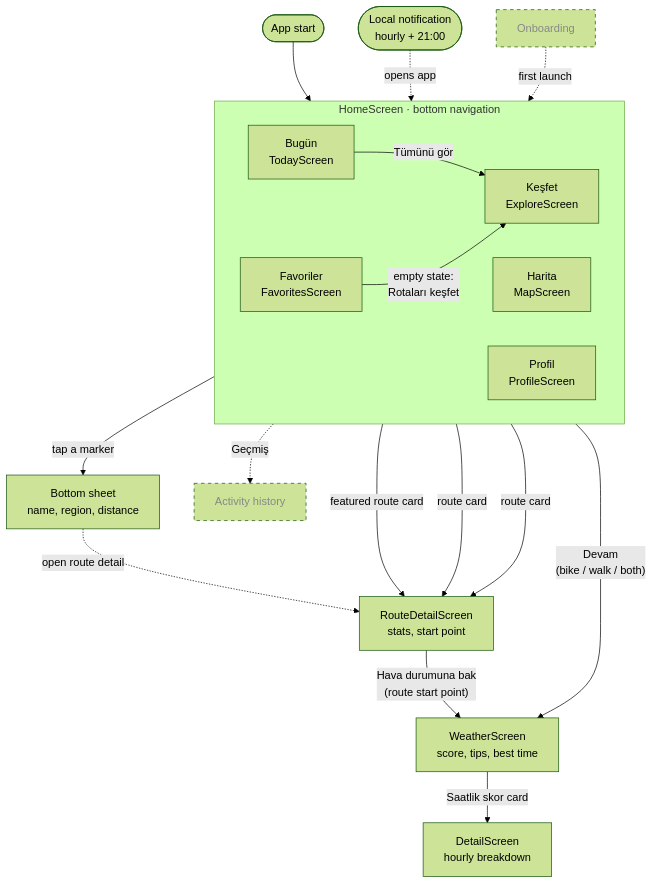
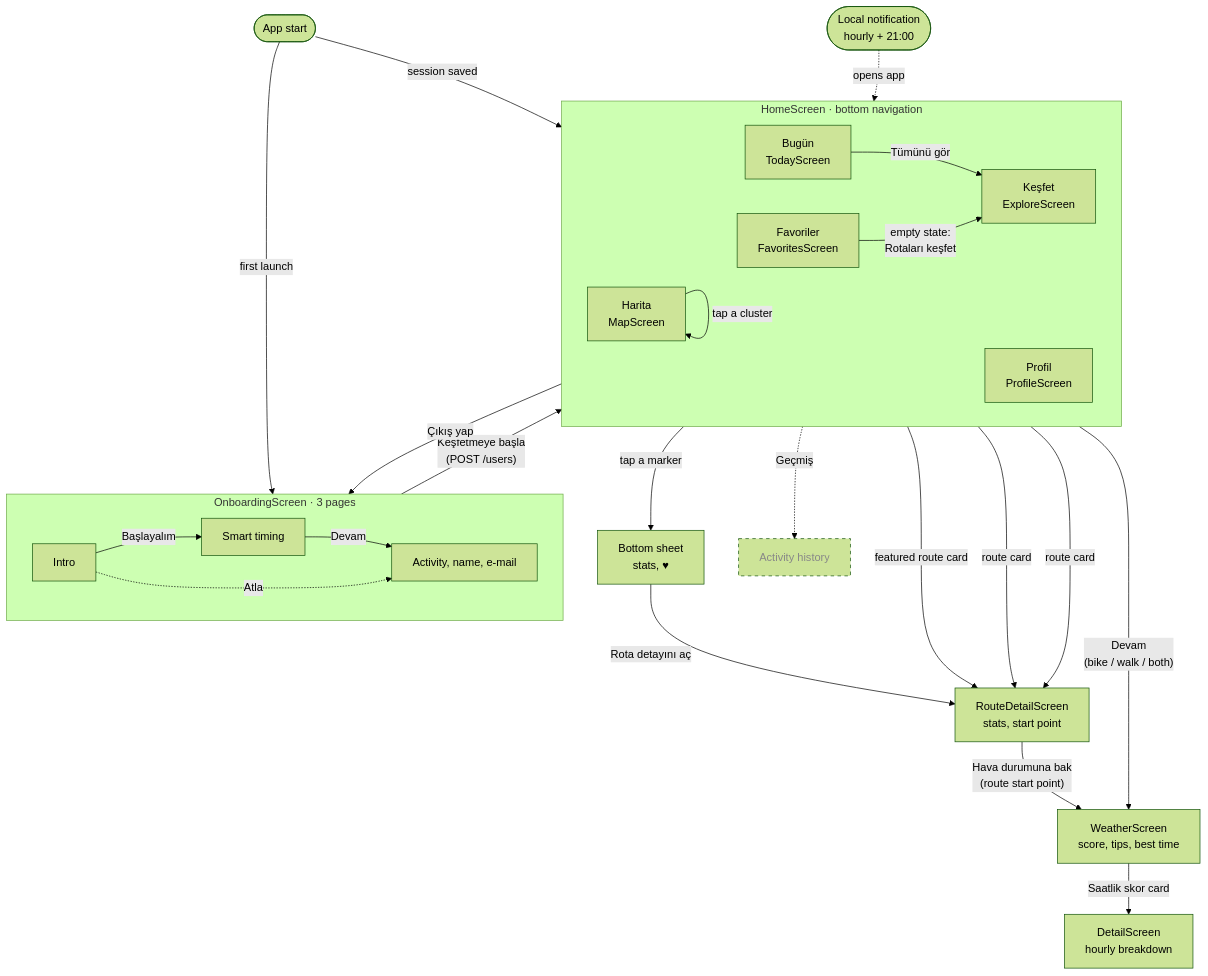
The diagram in docs/navigation.md (eliffshnn/Patikanos), drawn with Mermaid (forest theme) before and after one commit. The commit also changed other lines of this file and 22 other files, not shown here.

````diff
--- a/docs/navigation.md
+++ b/docs/navigation.md
@@ -19,33 +19,42 @@
 ```mermaid
 flowchart TD
-    Start([App start]) --> Home
+    Start([App start]) -- "first launch" --> Onboarding
+    Start -- "session saved" --> Home
+
+    subgraph Onboarding["OnboardingScreen · 3 pages"]
+        direction LR
+        O1["Intro"] -- "Başlayalım" --> O2["Smart timing"] -- "Devam" --> O3["Activity, name, e-mail"]
+        O1 -. "Atla" .-> O3
+    end
+    O3 -- "Keşfetmeye başla<br/>(POST /users)" --> Home
 
     subgraph Home["HomeScreen · bottom navigation"]
         direction LR
         Today["Bugün<br/>TodayScreen"]
         Explore["Keşfet<br/>ExploreScreen"]
         Map["Harita<br/>MapScreen"]
         Favs["Favoriler<br/>FavoritesScreen"]
         Profile["Profil<br/>ProfileScreen"]
     end
 
     Today -- "Devam<br/>(bike / walk / both)" --> Weather["WeatherScreen<br/>score, tips, best time"]
     Today -- "Tümünü gör" --> Explore
     Today -- "featured route card" --> RouteDetail
 
     Explore -- "route card" --> RouteDetail["RouteDetailScreen<br/>stats, start point"]
     Favs -- "route card" --> RouteDetail
     Favs -- "empty state:<br/>Rotaları keşfet" --> Explore
 
     RouteDetail -- "Hava durumuna bak<br/>(route start point)" --> Weather
     Weather -- "Saatlik skor card" --> Hourly["DetailScreen<br/>hourly breakdown"]
 
     Notif(["Local notification<br/>hourly + 21:00"]) -. "opens app" .-> Home
 
-    Onboarding["Onboarding"]:::planned -. "first launch" .-> Home
-    Map -- "tap a marker" --> PinSheet["Bottom sheet<br/>name, region, distance"]
-    PinSheet -. "open route detail" .-> RouteDetail
+    Map -- "tap a marker" --> PinSheet["Bottom sheet<br/>stats, ♥"]
+    Map -- "tap a cluster" --> Map
+    PinSheet -- "Rota detayını aç" --> RouteDetail
+    Profile -- "Çıkış yap" --> Onboarding
     Favs -. "Geçmiş" .-> History["Activity history"]:::planned
 
     classDef planned stroke-dasharray: 5 5,color:#888
 ```
````
